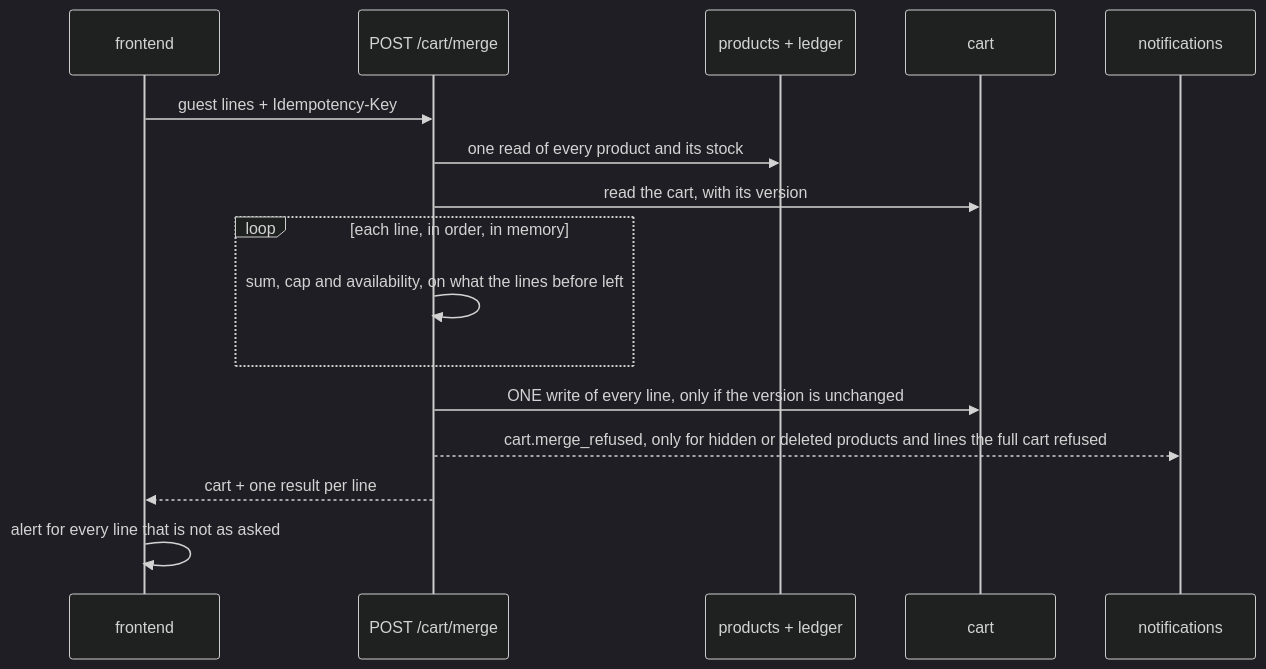
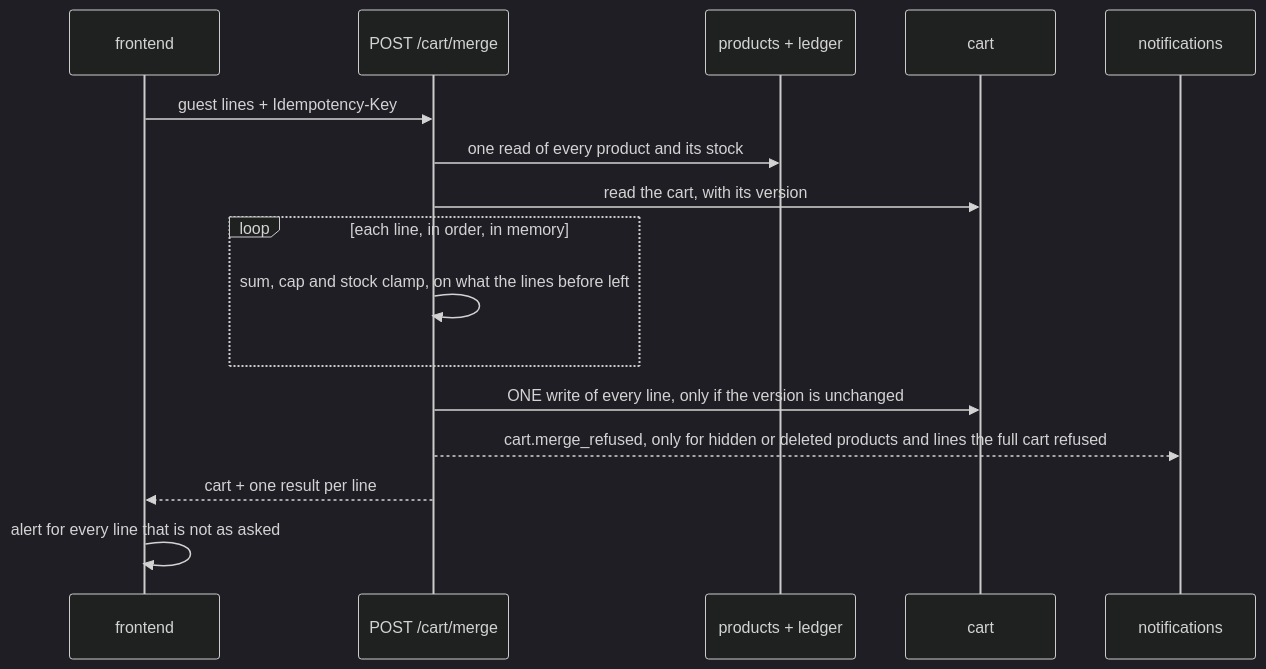
One commit to Guebbit/boilerplate-node-backend changed the second of 3 diagrams in docs/modules/cart.md. Above: the diagram before and after it, drawn with Mermaid (dark theme). The commit also changed other lines of this file and 63 other files, not shown here.

````diff
--- a/docs/modules/cart.md
+++ b/docs/modules/cart.md
@@ -240,18 +250,18 @@
 ```mermaid
 sequenceDiagram
     participant FE as frontend
     participant API as POST /cart/merge
     participant P as products + ledger
     participant C as cart
     participant N as notifications
     FE->>API: guest lines + Idempotency-Key
     API->>P: one read of every product and its stock
     API->>C: read the cart, with its version
     loop each line, in order, in memory
-        API->>API: sum, cap and availability, on what the lines before left
+        API->>API: sum, cap and stock clamp, on what the lines before left
     end
     API->>C: ONE write of every line, only if the version is unchanged
     API-->>N: cart.merge_refused, only for hidden or deleted products and lines the full cart refused
     API-->>FE: cart + one result per line
     FE->>FE: alert for every line that is not as asked
 ```
````
